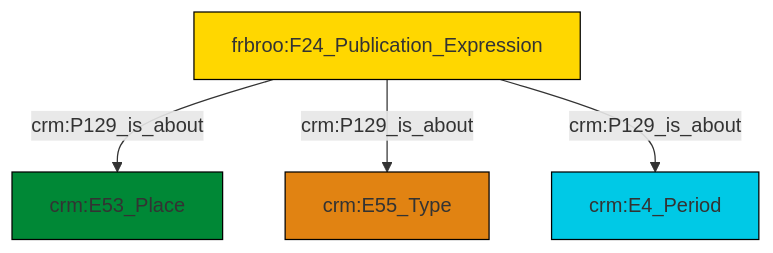
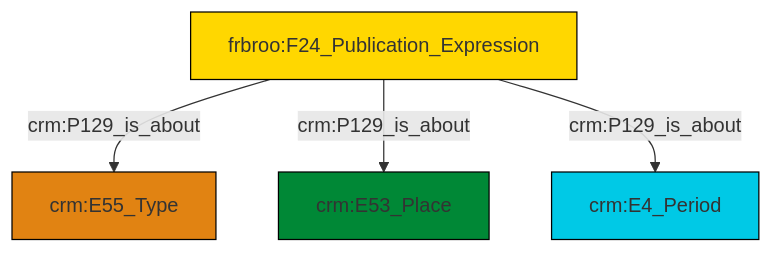
The diagram in et/biblioCSV/ttl/mmd/biblio_aboutness.ttl.mmd (swiss-art-research-net/reference-data-models), drawn with Mermaid before and after one commit. The commit also changed 123 other files, not shown here.

```diff
--- a/et/biblioCSV/ttl/mmd/biblio_aboutness.ttl.mmd
+++ b/et/biblioCSV/ttl/mmd/biblio_aboutness.ttl.mmd
@@ -1,18 +1,18 @@
 graph TD
 classDef Literal fill:#f2f2f2,stroke:#000000;
 classDef CRM_Entity fill:#FFFFFF,stroke:#000000;
 classDef Temporal_Entity fill:#00C9E6, stroke:#000000;
 classDef Type fill:#E18312, stroke:#000000;
 classDef Time-Span fill:#2C9C91, stroke:#000000;
 classDef Appellation fill:#FFEB7F, stroke:#000000;
 classDef Place fill:#008836, stroke:#000000;
 classDef Persistent_Item fill:#B266B2, stroke:#000000;
 classDef Conceptual_Object fill:#FFD700, stroke:#000000;
 classDef Physical_Thing fill:#D2B48C, stroke:#000000;
 classDef Actor fill:#f58aad, stroke:#000000;
 classDef PC_Classes fill:#4ce600, stroke:#000000;
 classDef Multi fill:#cccccc,stroke:#000000;
 
-2["frbroo:F24_Publication_Expression"]:::Conceptual_Object -->|crm:P129_is_about| 3["crm:E53_Place"]:::Place
-2["frbroo:F24_Publication_Expression"]:::Conceptual_Object -->|crm:P129_is_about| 5["crm:E55_Type"]:::Type
-2["frbroo:F24_Publication_Expression"]:::Conceptual_Object -->|crm:P129_is_about| 0["crm:E4_Period"]:::Temporal_Entity
+0["frbroo:F24_Publication_Expression"]:::Conceptual_Object -->|crm:P129_is_about| 1["crm:E55_Type"]:::Type
+0["frbroo:F24_Publication_Expression"]:::Conceptual_Object -->|crm:P129_is_about| 6["crm:E53_Place"]:::Place
+0["frbroo:F24_Publication_Expression"]:::Conceptual_Object -->|crm:P129_is_about| 4["crm:E4_Period"]:::Temporal_Entity
```
